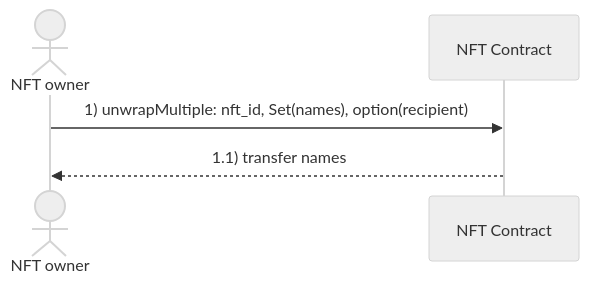
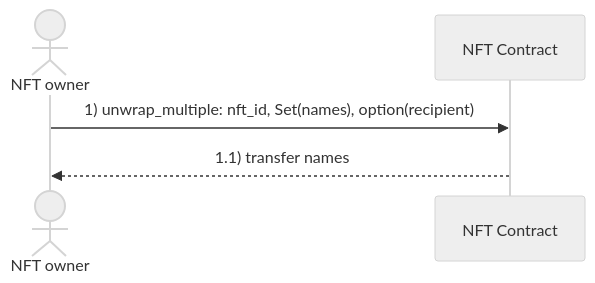
The second of 3 diagrams in docs/diagrams/unwrap_aens_names.md (marc0olo/aens-nfts), drawn with Mermaid (neutral theme) before and after one commit. The commit also changed other lines of this file and 17 other files, not shown here.

````diff
--- a/docs/diagrams/unwrap_aens_names.md
+++ b/docs/diagrams/unwrap_aens_names.md
@@ -14,6 +14,6 @@
 ```mermaid
 sequenceDiagram
     actor NFT owner
-    NFT owner ->> NFT Contract: 1) unwrapMultiple: nft_id, Set(names), option(recipient)
+    NFT owner ->> NFT Contract: 1) unwrap_multiple: nft_id, Set(names), option(recipient)
     NFT Contract -->> NFT owner: 1.1) transfer names
 ```
````
